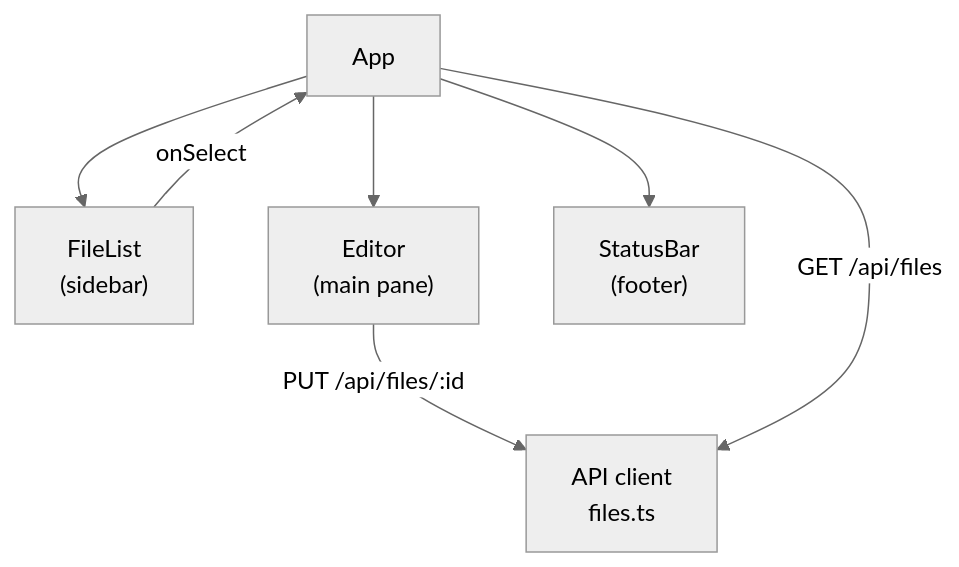
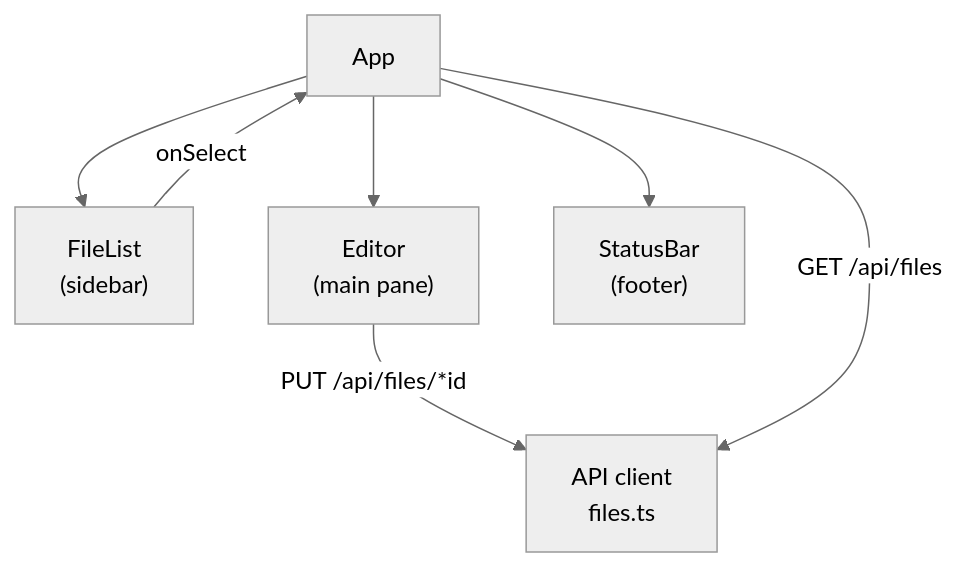
Before and after one commit to gsfraley/wrazz: the second of 2 diagrams in DESIGN.md, drawn with Mermaid (neutral theme). The commit also changed other lines of this file, not shown here.

````diff
--- a/DESIGN.md
+++ b/DESIGN.md
@@ -254,10 +268,10 @@
 ```mermaid
 graph TD
     App --> FileList["FileList\n(sidebar)"]
     App --> Editor["Editor\n(main pane)"]
     App --> StatusBar["StatusBar\n(footer)"]
 
     FileList -->|onSelect| App
-    Editor -->|PUT /api/files/:id| API["API client\nfiles.ts"]
+    Editor -->|PUT /api/files/*id| API["API client\nfiles.ts"]
     App -->|GET /api/files| API
 ```
````
